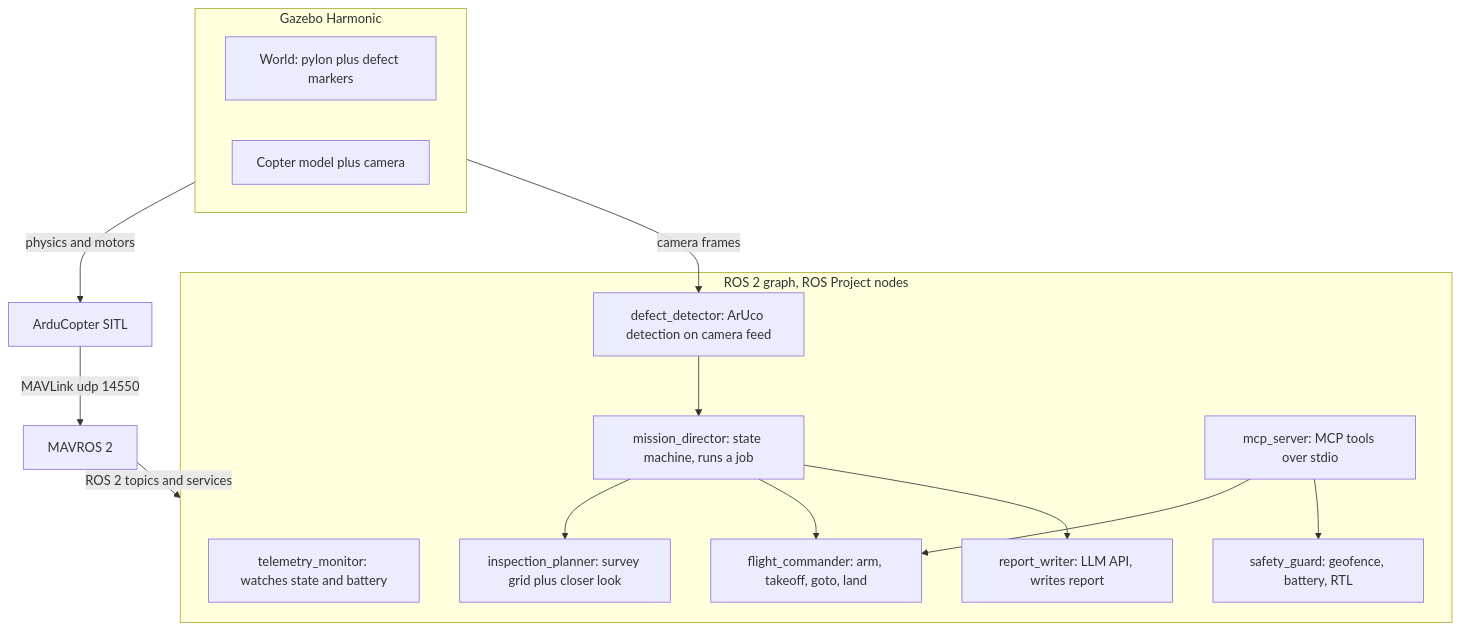
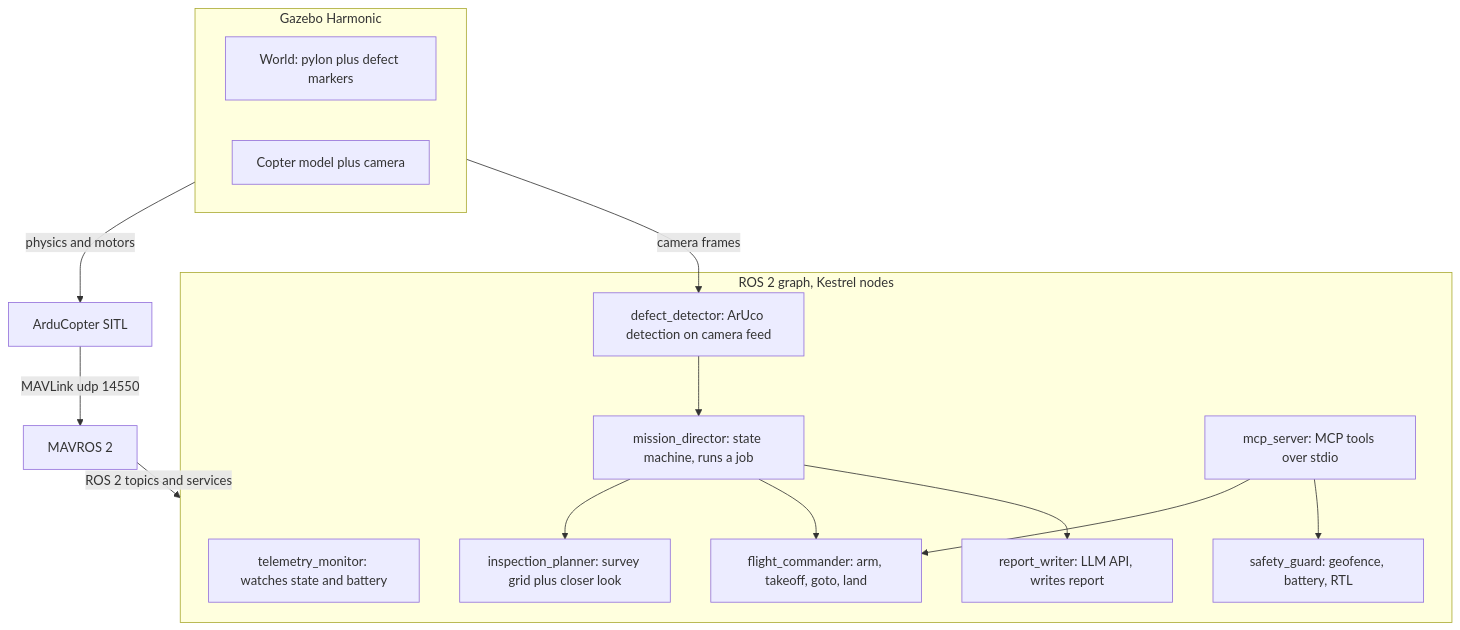
Before and after one commit to ajnieves1/Kestrel: the diagram in README.md, drawn with Mermaid. The commit also changed other lines of this file, not shown here.

Commit message:
Rename the project to Kestrel in the README

````diff
--- a/README.md
+++ b/README.md
@@ -12,34 +12,34 @@
 ```mermaid
 flowchart TB
     subgraph sim[Gazebo Harmonic]
         world[World: pylon plus defect markers]
         copter[Copter model plus camera]
     end
 
     sitl[ArduCopter SITL]
     mavros[MAVROS 2]
 
-    subgraph nodes[ROS 2 graph, ROS Project nodes]
+    subgraph nodes[ROS 2 graph, Kestrel nodes]
         telemetry[telemetry_monitor: watches state and battery]
         commander[flight_commander: arm, takeoff, goto, land]
         guard[safety_guard: geofence, battery, RTL]
         detector[defect_detector: ArUco detection on camera feed]
         planner[inspection_planner: survey grid plus closer look]
         director[mission_director: state machine, runs a job]
         writer[report_writer: LLM API, writes report]
         mcp[mcp_server: MCP tools over stdio]
     end
 
 
     sim -- physics and motors --> sitl
     sim -- camera frames --> detector
     sitl -- MAVLink udp 14550 --> mavros
     mavros -- ROS 2 topics and services --> nodes
     director --> planner
     director --> commander
     detector --> director
     director --> writer
     mcp
     mcp --> commander
     mcp --> guard
 ```
````
